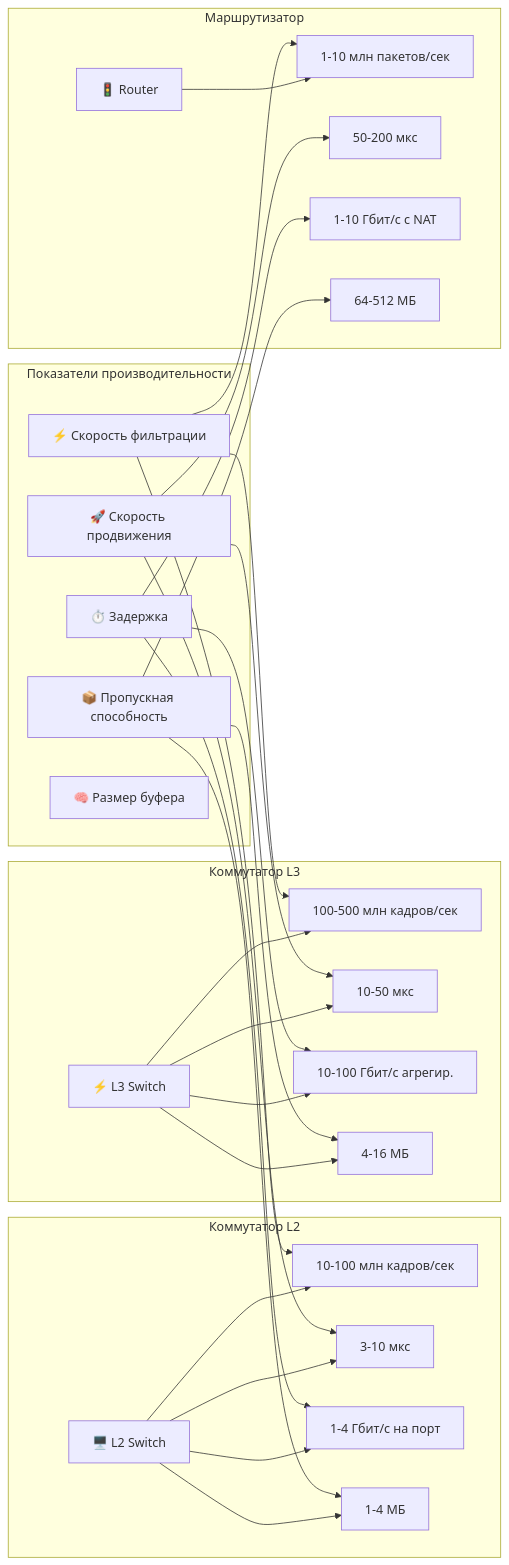
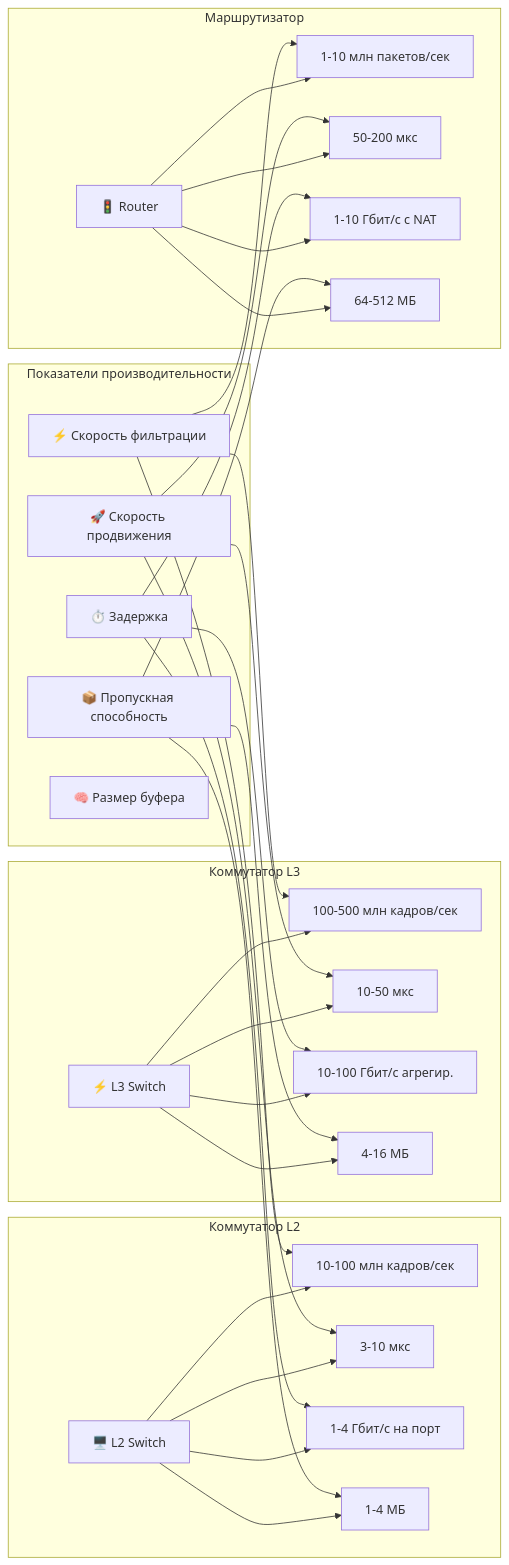
The tenth of 11 diagrams in LESSON9.MD (RuslanRinatovich/OP11_COMP_SETI), drawn with Mermaid before and after one commit. The commit also changed other lines of this file, not shown here.

````diff
--- a/LESSON9.MD
+++ b/LESSON9.MD
@@ -778,63 +779,65 @@
 ```mermaid
 graph LR
     subgraph "Показатели производительности"
         METRIC1[⚡ Скорость фильтрации]
         METRIC2[🚀 Скорость продвижения]
         METRIC3[⏱️ Задержка]
         METRIC4[📦 Пропускная способность]
         METRIC5[🧠 Размер буфера]
     end
     
     subgraph "Коммутатор L2"
         SW_L2_PERF[🖥️ L2 Switch]
         SW_L2_V1[10-100 млн кадров/сек]
         SW_L2_V2[3-10 мкс]
         SW_L2_V3[1-4 Гбит/с на порт]
         SW_L2_V4[1-4 МБ]
     end
     
     subgraph "Коммутатор L3"
         SW_L3_PERF[⚡ L3 Switch]
         SW_L3_V1[100-500 млн кадров/сек]
         SW_L3_V2[10-50 мкс]
         SW_L3_V3[10-100 Гбит/с агрегир.]
         SW_L3_V4[4-16 МБ]
     end
     
     subgraph "Маршрутизатор"
         ROUTER_PERF[🚦 Router]
         ROUTER_V1[1-10 млн пакетов/сек]
         ROUTER_V2[50-200 мкс]
         ROUTER_V3[1-10 Гбит/с с NAT]
         ROUTER_V4[64-512 МБ]
     end
     
     METRIC1 --> SW_L2_V1
     METRIC1 --> SW_L3_V1
     METRIC1 --> ROUTER_V1
     
     METRIC2 --> SW_L2_V2
     METRIC2 --> SW_L3_V2
     METRIC2 --> ROUTER_V2
     
     METRIC3 --> SW_L2_V3
     METRIC3 --> SW_L3_V3
     METRIC3 --> ROUTER_V3
     
     METRIC4 --> SW_L2_V4
     METRIC4 --> SW_L3_V4
     METRIC4 --> ROUTER_V4
     
     SW_L2_PERF --> SW_L2_V1
     SW_L2_PERF --> SW_L2_V2
     SW_L2_PERF --> SW_L2_V3
     SW_L2_PERF --> SW_L2_V4
     
     SW_L3_PERF --> SW_L3_V1
     SW_L3_PERF --> SW_L3_V2
     SW_L3_PERF --> SW_L3_V3
     SW_L3_PERF --> SW_L3_V4
     
     ROUTER_PERF --> ROUTER_V1
-    ROUTER_PERF
+    ROUTER_PERF --> ROUTER_V2
+    ROUTER_PERF --> ROUTER_V3
+    ROUTER_PERF --> ROUTER_V4
 ```
````
